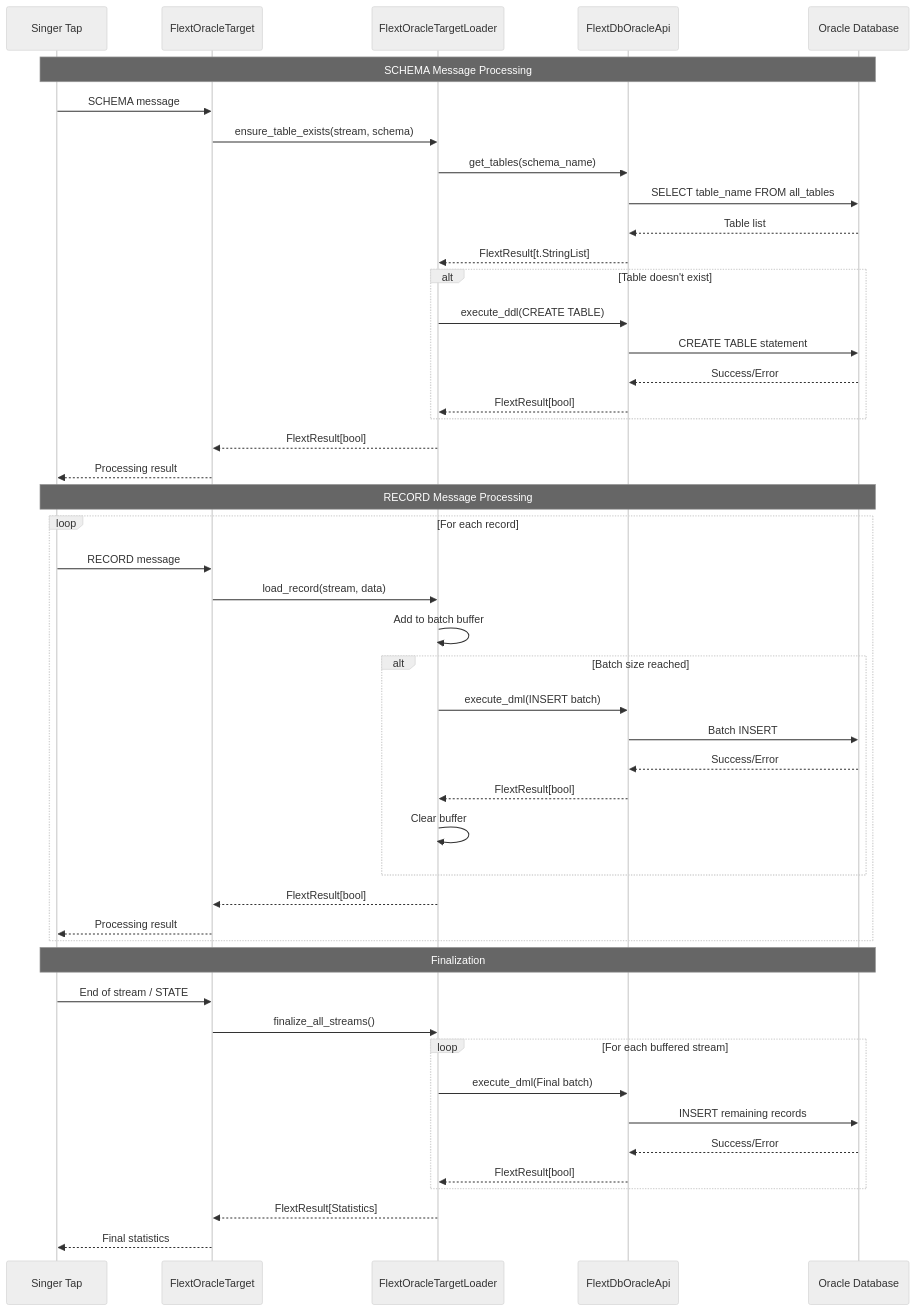
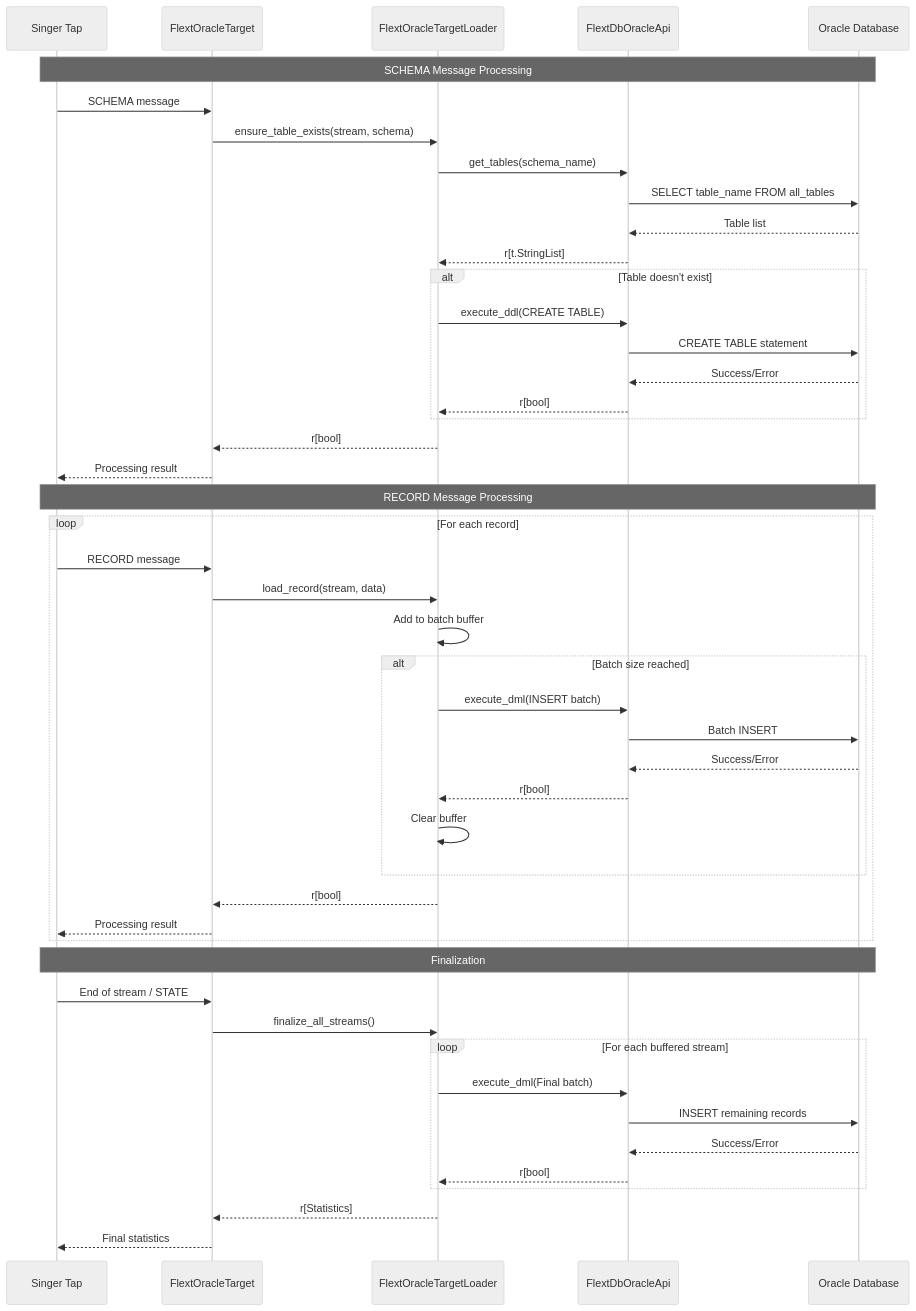
The first of 3 diagrams in docs/architecture.md (flext-sh/flext-target-oracle), drawn with Mermaid (neutral theme) before and after one commit. The commit also changed other lines of this file and 24 other files, not shown here.

````diff
--- a/docs/architecture.md
+++ b/docs/architecture.md
@@ -221,58 +221,58 @@
 ```mermaid
 sequenceDiagram
     participant ST as Singer Tap
     participant FT as FlextOracleTarget
     participant FL as FlextOracleTargetLoader
     participant API as FlextDbOracleApi
     participant DB as Oracle Database
 
     Note over ST,DB: SCHEMA Message Processing
     ST->>FT: SCHEMA message
     FT->>FL: ensure_table_exists(stream, schema)
     FL->>API: get_tables(schema_name)
     API->>DB: SELECT table_name FROM all_tables
     DB-->>API: Table list
-    API-->>FL: FlextResult[t.StringList]
+    API-->>FL: r[t.StringList]
 
     alt Table doesn't exist
         FL->>API: execute_ddl(CREATE TABLE)
         API->>DB: CREATE TABLE statement
         DB-->>API: Success/Error
-        API-->>FL: FlextResult[bool]
+        API-->>FL: r[bool]
     end
 
-    FL-->>FT: FlextResult[bool]
+    FL-->>FT: r[bool]
     FT-->>ST: Processing result
 
     Note over ST,DB: RECORD Message Processing
     loop For each record
         ST->>FT: RECORD message
         FT->>FL: load_record(stream, data)
         FL->>FL: Add to batch buffer
 
         alt Batch size reached
             FL->>API: execute_dml(INSERT batch)
             API->>DB: Batch INSERT
             DB-->>API: Success/Error
-            API-->>FL: FlextResult[bool]
+            API-->>FL: r[bool]
             FL->>FL: Clear buffer
         end
 
-        FL-->>FT: FlextResult[bool]
+        FL-->>FT: r[bool]
         FT-->>ST: Processing result
     end
 
     Note over ST,DB: Finalization
     ST->>FT: End of stream / STATE
     FT->>FL: finalize_all_streams()
 
     loop For each buffered stream
         FL->>API: execute_dml(Final batch)
         API->>DB: INSERT remaining records
         DB-->>API: Success/Error
-        API-->>FL: FlextResult[bool]
+        API-->>FL: r[bool]
     end
 
-    FL-->>FT: FlextResult[Statistics]
+    FL-->>FT: r[Statistics]
     FT-->>ST: Final statistics
 ```
````
